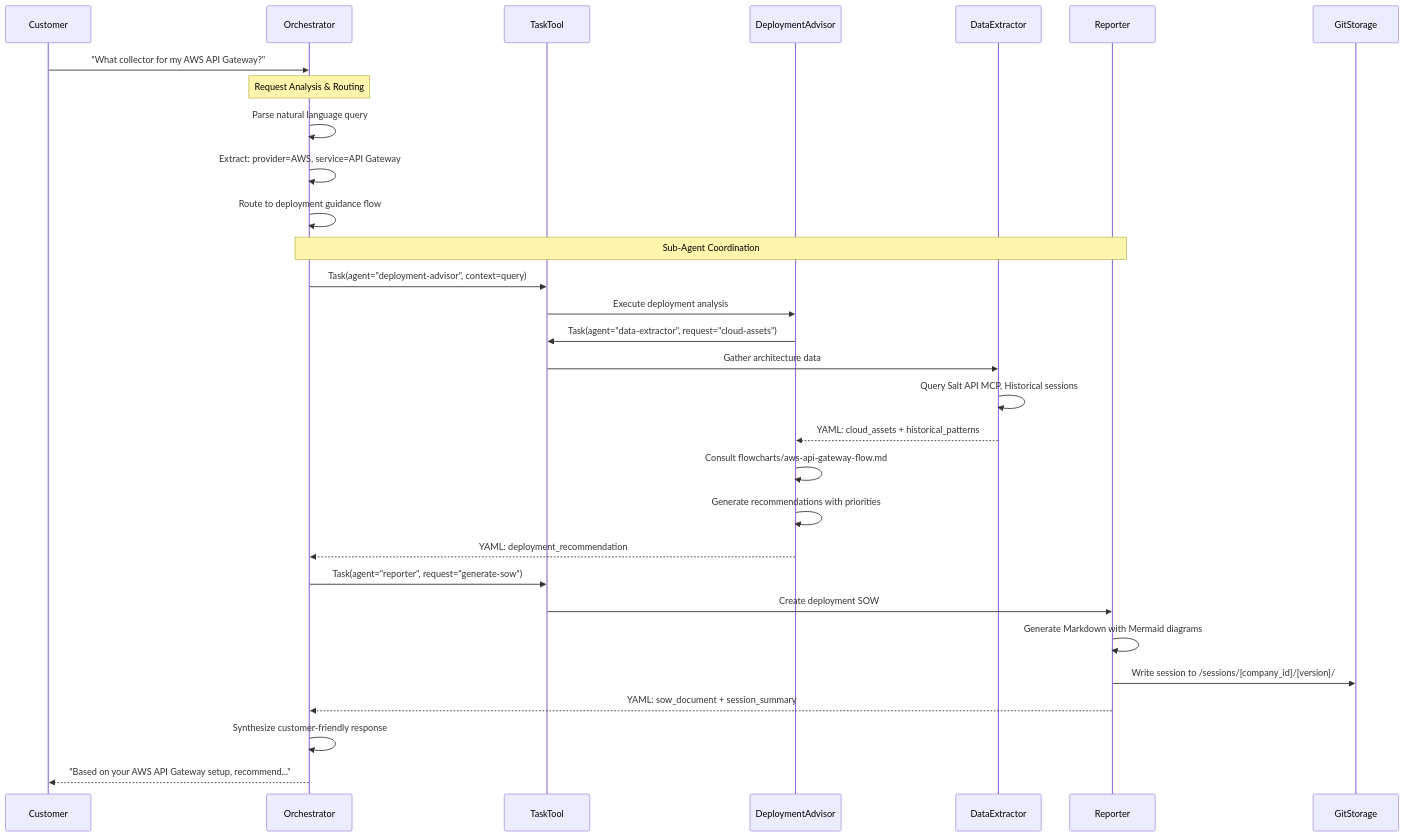
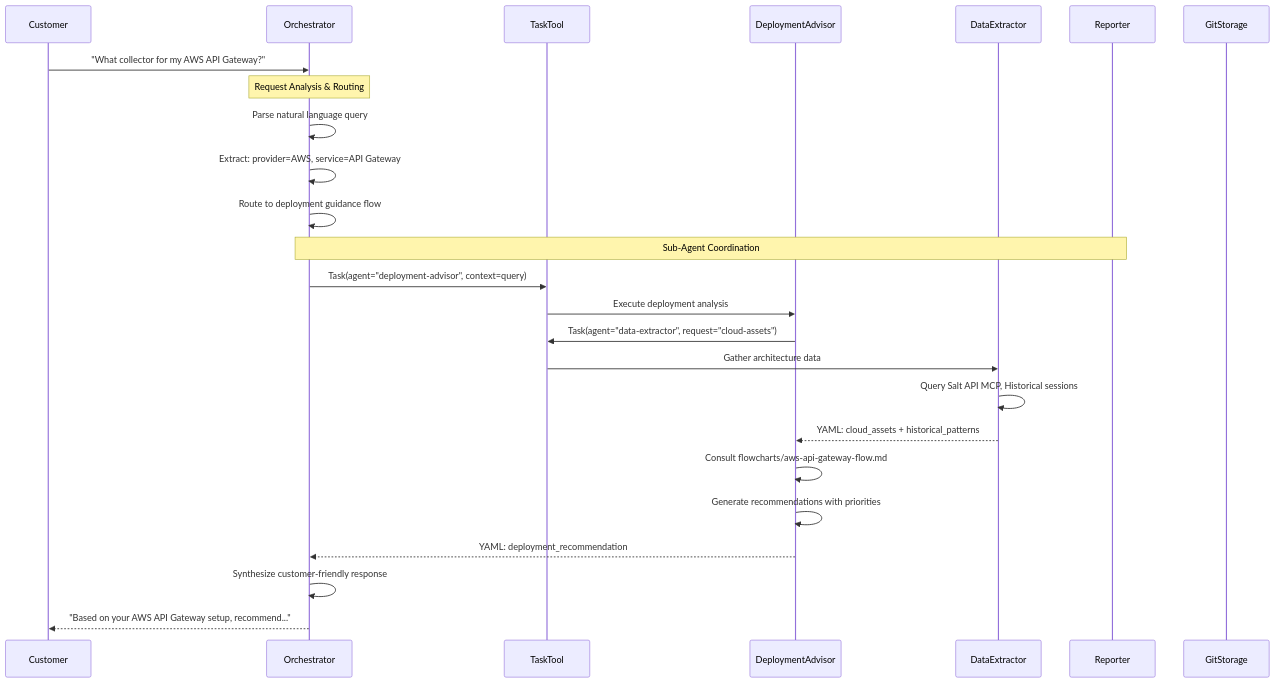
The second of 4 diagrams in tasks/SALT-999-deployment-advisor-orchestrator/2025-09-14-SALT-999-deployment-advisor-orchestrator-tech-design.md (Secful/deployment_ai_advisor), drawn with Mermaid before and after one commit. The commit also changed other lines of this file and 15 other files, not shown here.

````diff
--- a/tasks/SALT-999-deployment-advisor-orchestrator/2025-09-14-SALT-999-deployment-advisor-orchestrator-tech-design.md
+++ b/tasks/SALT-999-deployment-advisor-orchestrator/2025-09-14-SALT-999-deployment-advisor-orchestrator-tech-design.md
@@ -114,39 +112,34 @@
 ```mermaid
 sequenceDiagram
     participant Customer
     participant Orchestrator
     participant TaskTool
     participant DeploymentAdvisor
     participant DataExtractor
     participant Reporter
     participant GitStorage
 
     Customer->>Orchestrator: "What collector for my AWS API Gateway?"
 
     Note over Orchestrator: Request Analysis & Routing
     Orchestrator->>Orchestrator: Parse natural language query
     Orchestrator->>Orchestrator: Extract: provider=AWS, service=API Gateway
     Orchestrator->>Orchestrator: Route to deployment guidance flow
 
     Note over Orchestrator,Reporter: Sub-Agent Coordination
     Orchestrator->>TaskTool: Task(agent="deployment-advisor", context=query)
     TaskTool->>DeploymentAdvisor: Execute deployment analysis
 
     DeploymentAdvisor->>TaskTool: Task(agent="data-extractor", request="cloud-assets")
     TaskTool->>DataExtractor: Gather architecture data
     DataExtractor->>DataExtractor: Query Salt API MCP, Historical sessions
     DataExtractor-->>DeploymentAdvisor: YAML: cloud_assets + historical_patterns
 
     DeploymentAdvisor->>DeploymentAdvisor: Consult flowcharts/aws-api-gateway-flow.md
     DeploymentAdvisor->>DeploymentAdvisor: Generate recommendations with priorities
     DeploymentAdvisor-->>Orchestrator: YAML: deployment_recommendation
 
-    Orchestrator->>TaskTool: Task(agent="reporter", request="generate-sow")
-    TaskTool->>Reporter: Create deployment SOW
-    Reporter->>Reporter: Generate Markdown with Mermaid diagrams
-    Reporter->>GitStorage: Write session to /sessions/[company_id]/[version]/
-    Reporter-->>Orchestrator: YAML: sow_document + session_summary
 
     Orchestrator->>Orchestrator: Synthesize customer-friendly response
     Orchestrator-->>Customer: "Based on your AWS API Gateway setup, recommend..."
 ```
````
